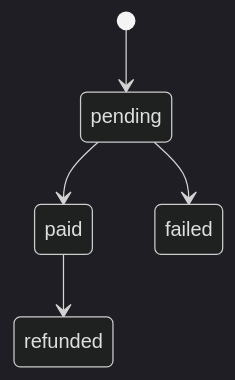
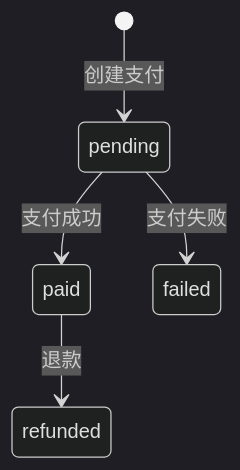
Diagram 12 of 12 in docs/database_er_diagram.md (choisaaaaa/IoT_Smart_Hotel_System), drawn with Mermaid (dark theme) before and after one commit. The commit also changed other lines of this file, not shown here.

Commit message:
docs(database): 更新数据库ER图中关系描述为中文

````diff
--- a/docs/database_er_diagram.md
+++ b/docs/database_er_diagram.md
@@ -575,7 +459,7 @@
 ```mermaid
 stateDiagram-v2
-    [*] --> pending
-    pending --> paid
-    pending --> failed
-    paid --> refunded
+    [*] --> pending: 创建支付
+    pending --> paid: 支付成功
+    pending --> failed: 支付失败
+    paid --> refunded: 退款
 ```
````
